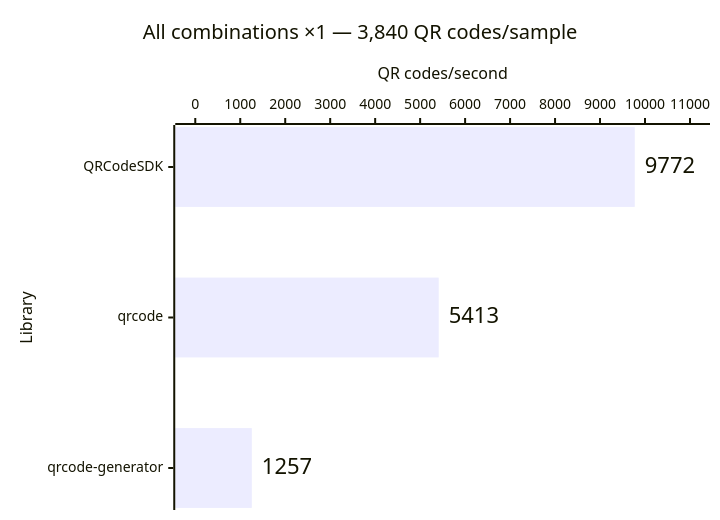
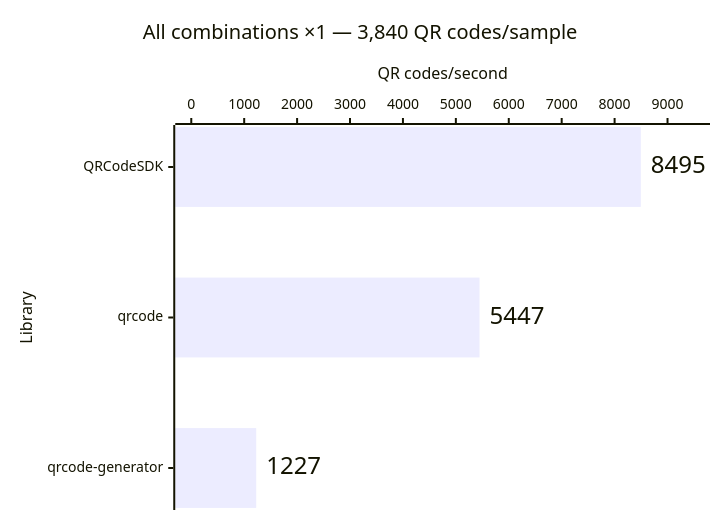
One commit to Dafnik/qrcodesdk changed the fourth of 14 diagrams in apps/docs/src/content/docs/learn/performance.md. Above: the diagram before and after it, drawn with Mermaid. The commit also changed other lines of this file and 75 other files, not shown here.

````diff
--- a/apps/docs/src/content/docs/learn/performance.md
+++ b/apps/docs/src/content/docs/learn/performance.md
@@ -77,15 +77,15 @@
 ```mermaid
 ---
 config:
   xyChart:
     showDataLabel: true
     showDataLabelOutsideBar: true
 ---
 xychart horizontal
   accTitle: Matrix generation: All combinations ×1 — 3,840 QR codes/sample
-  accDescr: Throughput calculated from median time. QRCodeSDK 9,772 QR codes per second, qrcode 5,413 QR codes per second, qrcode-generator 1,257 QR codes per second. Higher is better.
+  accDescr: Throughput calculated from median time. QRCodeSDK 8,495 QR codes per second, qrcode 5,447 QR codes per second, qrcode-generator 1,227 QR codes per second. Higher is better.
   title "All combinations ×1 — 3,840 QR codes/sample"
   x-axis "Library" ["QRCodeSDK", "qrcode", "qrcode-generator"]
-  y-axis "QR codes/second" 0 --> 11000
-  bar [9772, 5413, 1257]
+  y-axis "QR codes/second" 0 --> 9500
+  bar [8495, 5447, 1227]
 ```
````
